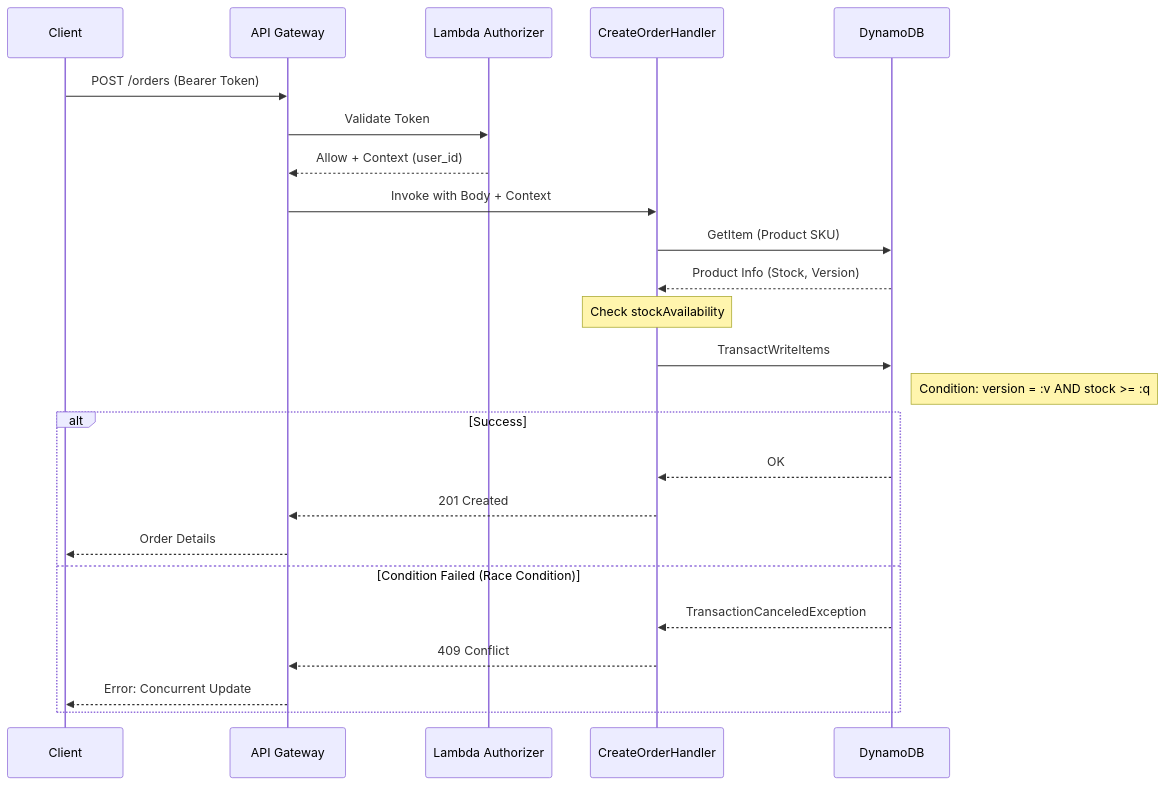
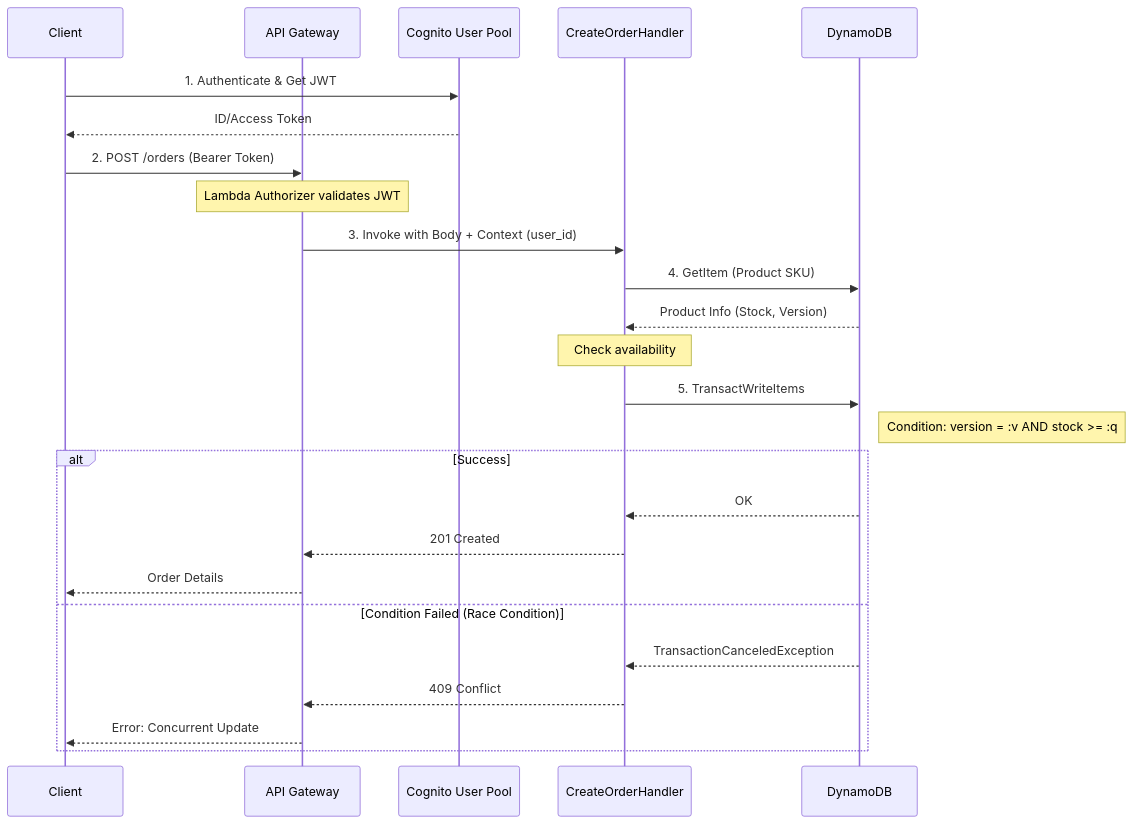
The second of 4 diagrams in README.md (dawidbera/secure-serverless-marketplace), drawn with Mermaid before and after one commit. The commit also changed other lines of this file and 8 other files, not shown here.

Commit message:
Refactor to Lambda Layers, integrat Cognito/STS, and update documentation

````diff
--- a/README.md
+++ b/README.md
@@ -45,31 +48,33 @@
 ```mermaid
 sequenceDiagram
     participant C as Client
     participant AGW as API Gateway
-    participant AUTH as Lambda Authorizer
+    participant COG as Cognito User Pool
     participant COH as CreateOrderHandler
     participant DDB as DynamoDB
 
-    C->>AGW: POST /orders (Bearer Token)
-    AGW->>AUTH: Validate Token
-    AUTH-->>AGW: Allow + Context (user_id)
-    AGW->>COH: Invoke with Body + Context
+    C->>COG: 1. Authenticate & Get JWT
+    COG-->>C: ID/Access Token
     
-    COH->>DDB: GetItem (Product SKU)
+    C->>AGW: 2. POST /orders (Bearer Token)
+    Note over AGW: Lambda Authorizer validates JWT
+    AGW->>COH: 3. Invoke with Body + Context (user_id)
+    
+    COH->>DDB: 4. GetItem (Product SKU)
     DDB-->>COH: Product Info (Stock, Version)
     
-    Note over COH: Check stockAvailability
+    Note over COH: Check availability
     
-    COH->>DDB: TransactWriteItems
+    COH->>DDB: 5. TransactWriteItems
     Note right of DDB: Condition: version = :v AND stock >= :q
     
     alt Success
         DDB-->>COH: OK
         COH-->>AGW: 201 Created
         AGW-->>C: Order Details
     else Condition Failed (Race Condition)
         DDB-->>COH: TransactionCanceledException
         COH-->>AGW: 409 Conflict
         AGW-->>C: Error: Concurrent Update
     end
 ```
````
